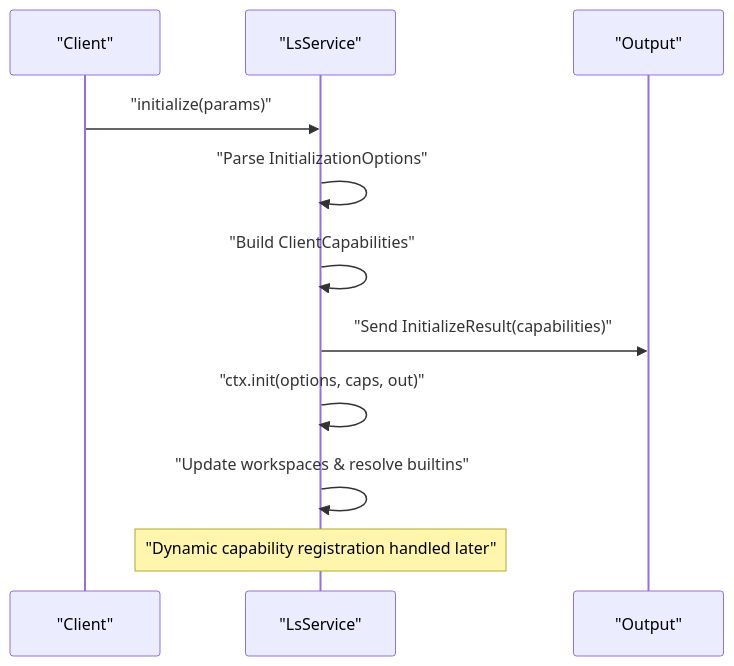
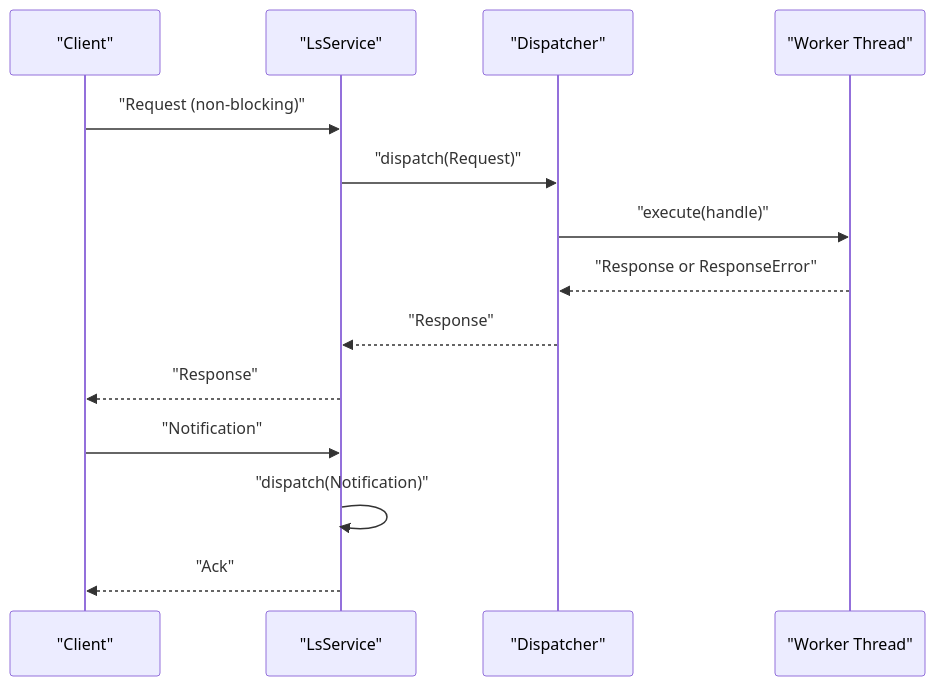
One commit to fenghaitao/dml-language-server changed the fifth of 9 diagrams in .qoder/repowiki/en/content/Language Server Protocol Implementation/Language Server Protocol Implementation.md. Above: the diagram before and after it, drawn with Mermaid. The commit also changed other lines of this file and 119 other files, not shown here.

````diff
--- a/.qoder/repowiki/en/content/Language Server Protocol Implementation/Language Server Protocol Implementation.md
+++ b/.qoder/repowiki/en/content/Language Server Protocol Implementation/Language Server Protocol Implementation.md
@@ -248,13 +310,16 @@
 ```mermaid
 sequenceDiagram
 participant Client as "Client"
 participant Server as "LsService"
-participant Output as "Output"
-Client->>Server : "initialize(params)"
-Server->>Server : "Parse InitializationOptions"
-Server->>Server : "Build ClientCapabilities"
-Server->>Output : "Send InitializeResult(capabilities)"
-Server->>Server : "ctx.init(options, caps, out)"
-Server->>Server : "Update workspaces & resolve builtins"
-Note over Server : "Dynamic capability registration handled later"
+participant Dispatcher as "Dispatcher"
+participant Worker as "Worker Thread"
+Client->>Server : "Request (non-blocking)"
+Server->>Dispatcher : "dispatch(Request)"
+Dispatcher->>Worker : "execute(handle)"
+Worker-->>Dispatcher : "Response or ResponseError"
+Dispatcher-->>Server : "Response"
+Server-->>Client : "Response"
+Client->>Server : "Notification"
+Server->>Server : "dispatch(Notification)"
+Server-->>Client : "Ack"
 ```
````
